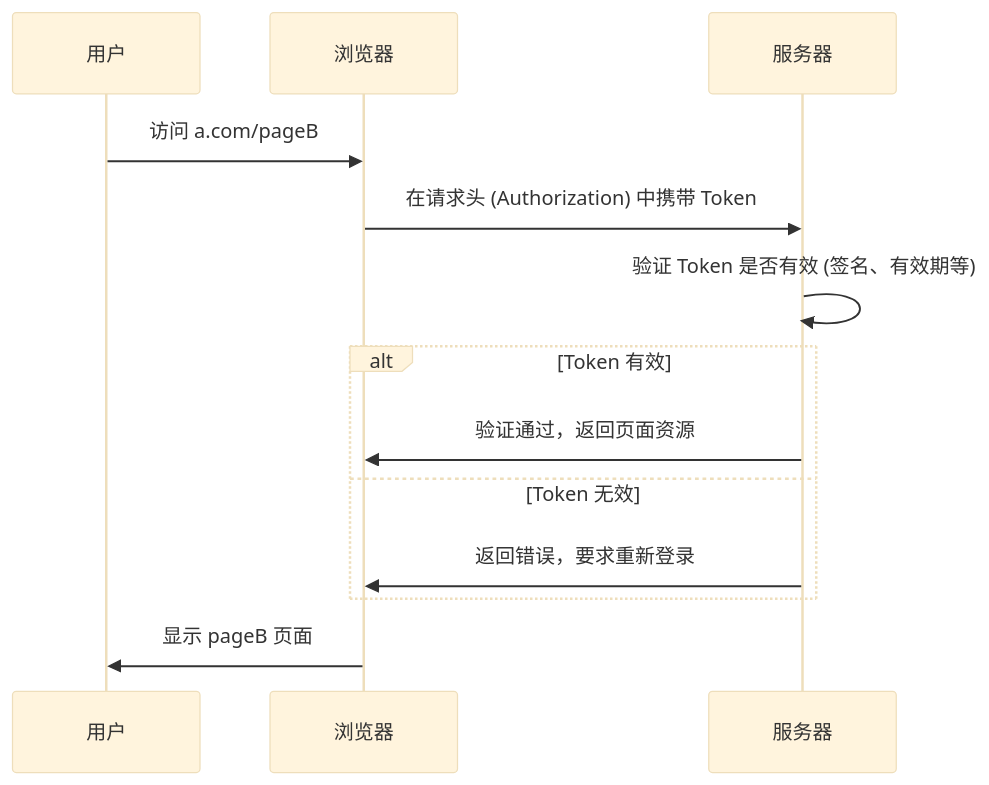
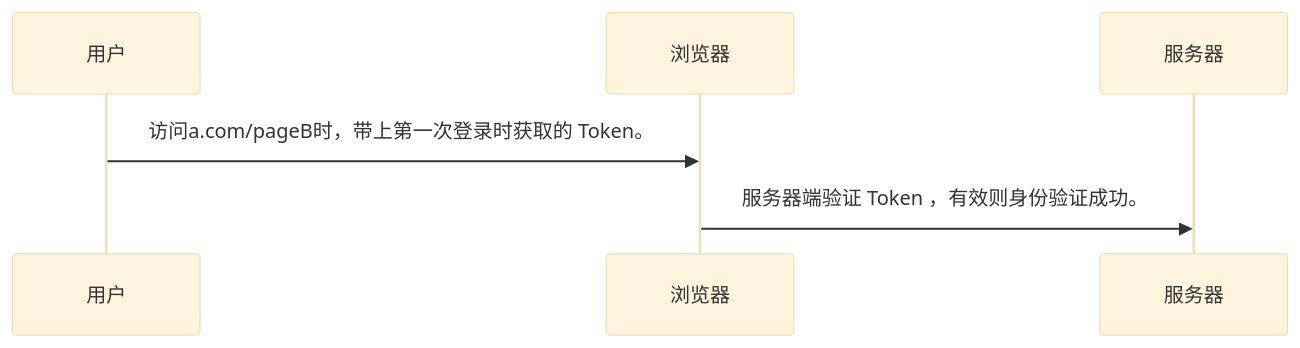
The fourth of 6 diagrams in docs/Web Front End/Web Scenario.md (Hidetoshi20/Program-Knowledge-Database), drawn with Mermaid (base theme) before and after one commit. The commit also changed other lines of this file and 8 other files, not shown here.

````diff
--- a/docs/Web Front End/Web Scenario.md
+++ b/docs/Web Front End/Web Scenario.md
@@ -105,16 +111,9 @@
 ```mermaid
 sequenceDiagram
     participant User as 用户
     participant Browser as 浏览器
     participant Server as 服务器
 
-    User->>Browser: 访问 a.com/pageB
-    Browser->>Server: 在请求头 (Authorization) 中携带 Token
-    Server->>Server: 验证 Token 是否有效 (签名、有效期等)
-    alt Token 有效
-        Server->>Browser: 验证通过，返回页面资源
-    else Token 无效
-        Server->>Browser: 返回错误，要求重新登录
-    end
-    Browser->>User: 显示 pageB 页面
+    User->>Browser: 访问a.com/pageB时，带上第一次登录时获取的 Token。
+    Browser->>Server: 服务器端验证 Token ，有效则身份验证成功。
 ```
````
